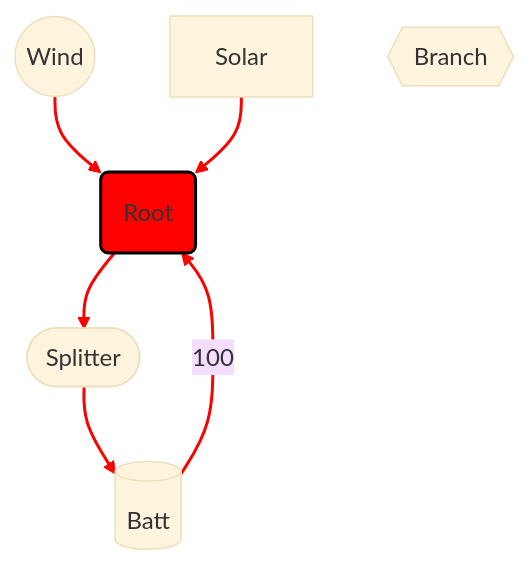
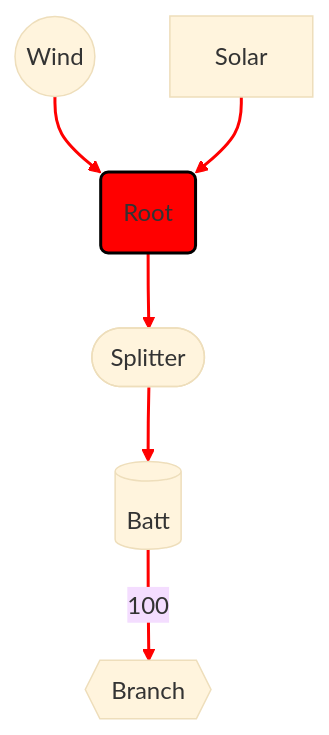
The diagram in power-template.md (ZareMate/rust-logistics), drawn with Mermaid before and after one commit.

````diff
--- a/power-template.md
+++ b/power-template.md
@@ -1,31 +1,31 @@
 ```mermaid
   %%{init: {'theme':'base'}}%%
   graph TD;
     %% Class Definitions
     classDef root fill:#ff0000,stroke:#000,stroke-width:2,color:#fff; %% Red background, white text
   
     Wind1((Wind))
     Solar1[Solar]
     Root1(Root)
     Splitter1([Splitter])
     Batt1[(Batt)]
     Branch1{{Branch}}
 
     %% Graph Nodes
     Wind1 -->| | Root1;
     Solar1 -->| | Root1;
     Root1 -->| | Splitter1;
     Splitter1 -->| | Batt1;
-    Batt1 -->|100| Root1;
+    Batt1 -->|100| Branch1;
 
     %% Link Styles
     linkStyle 0,1,2,3,4 stroke:red,stroke-width:2;
 
     %% Class Assignments
     class Root1 root;
     class Branch1 branch;
     class Wind1 wind;
     class Solar1 solar;
     class Batt1 batt;
     class Splitter1 splitter;
 ```
````
